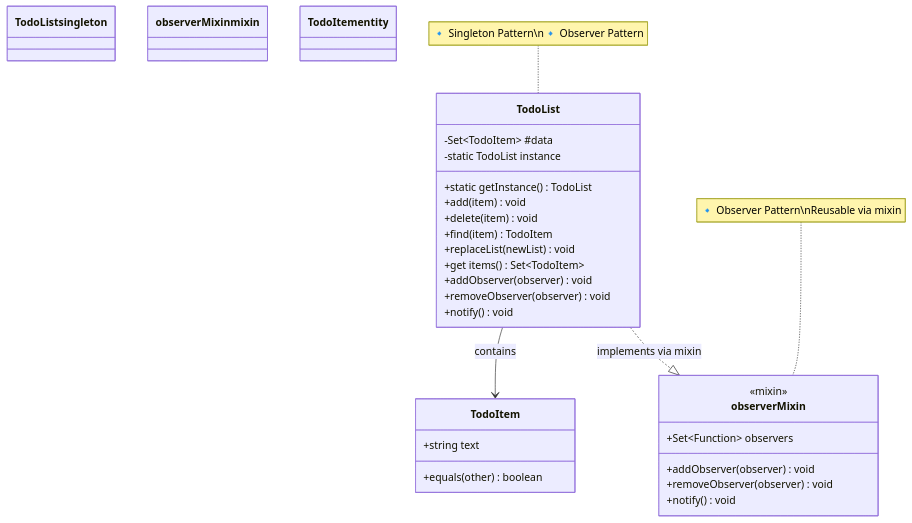
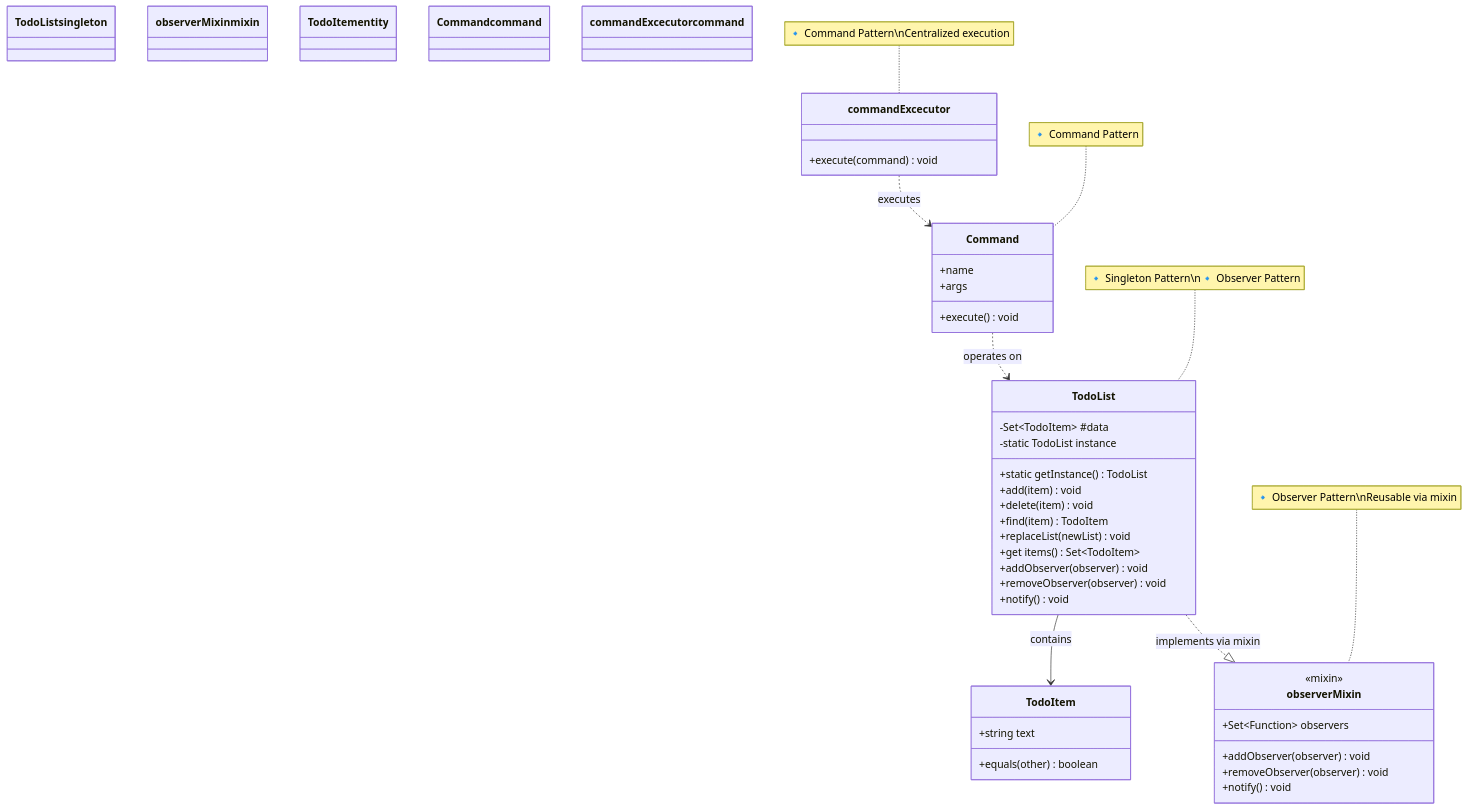
The first of 3 diagrams in README.md (Shinkei/js-todo-patterns), drawn with Mermaid before and after one commit. The commit also changed other lines of this file, not shown here.

Commit message:
update readme with command pattern

````diff
--- a/README.md
+++ b/README.md
@@ -14,44 +14,53 @@
 ```mermaid
 classDiagram
     class TodoList {
         -Set~TodoItem~ #data
         -static TodoList instance
         +static getInstance() TodoList
         +add(item) void
         +delete(item) void
         +find(item) TodoItem
         +replaceList(newList) void
         +get items() Set~TodoItem~
         +addObserver(observer) void
         +removeObserver(observer) void
         +notify() void
     }
-    
     class TodoItem {
         +string text
         +equals(other) boolean
     }
-    
     class observerMixin {
         <<mixin>>
         +Set~Function~ observers
         +addObserver(observer) void
         +removeObserver(observer) void
         +notify() void
     }
-    
+    class Command {
+        +name
+        +args
+        +execute() void
+    }
+    class commandExcecutor {
+        +execute(command) void
+    }
     TodoList --> TodoItem : contains
     TodoList ..|> observerMixin : implements via mixin
-    
+    commandExcecutor ..> Command : executes
+    Command ..> TodoList : operates on
     note for TodoList "🔹 Singleton Pattern\n🔹 Observer Pattern"
     note for observerMixin "🔹 Observer Pattern\nReusable via mixin"
-    
+    note for Command "🔹 Command Pattern"
+    note for commandExcecutor "🔹 Command Pattern\nCentralized execution"
     classDef singleton fill:#e3f2fd,stroke:#1976d2,stroke-width:3px
     classDef observer fill:#f3e5f5,stroke:#7b1fa2,stroke-width:2px
     classDef mixin fill:#fff3e0,stroke:#f57c00,stroke-width:2px
     classDef entity fill:#e8f5e8,stroke:#388e3c,stroke-width:2px
-    
+    classDef command fill:#ffe0e0,stroke:#d32f2f,stroke-width:2px
     class TodoList singleton
     class observerMixin mixin
     class TodoItem entity
+    class Command command
+    class commandExcecutor command
 ```
````
